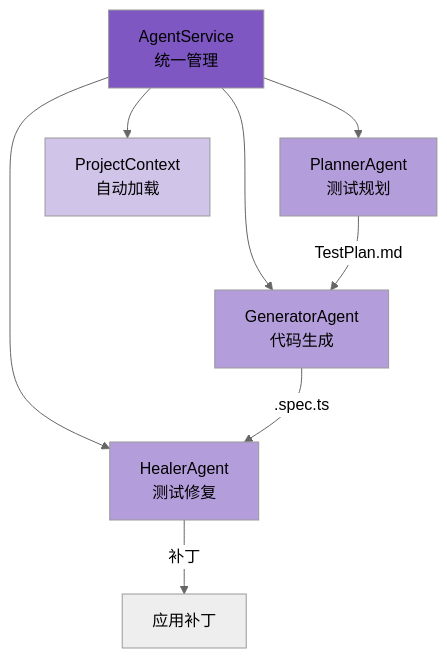
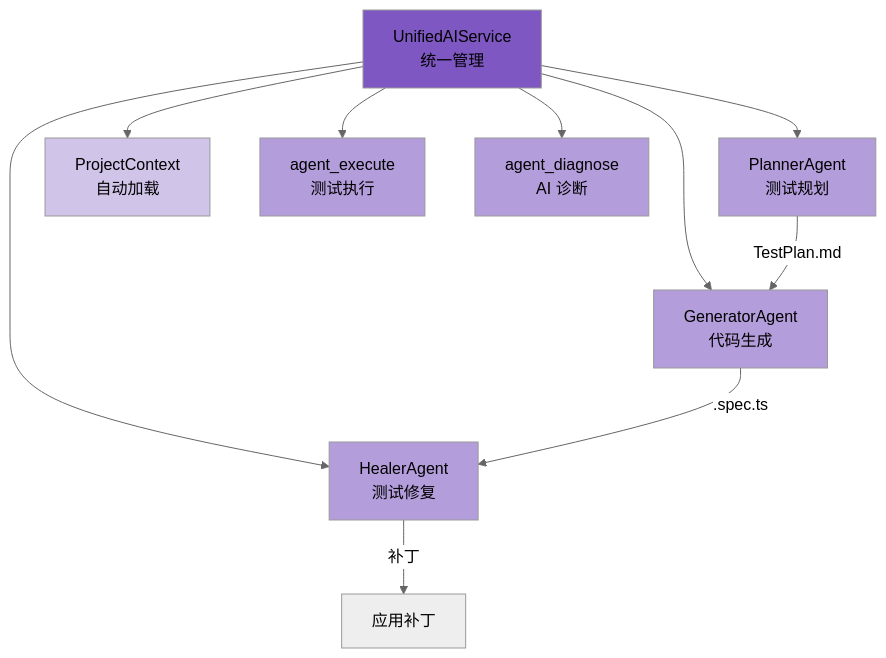
The first of 2 diagrams in documentation/guides/agent-system.zh.md (yuandiv/yuantest-playwright), drawn with Mermaid (neutral theme) before and after one commit. The commit also changed other lines of this file and 103 other files, not shown here.

````diff
--- a/documentation/guides/agent-system.zh.md
+++ b/documentation/guides/agent-system.zh.md
@@ -9,20 +9,24 @@
 ```mermaid
 graph TB
-    AGT[AgentService<br/>统一管理]
+    AGT[UnifiedAIService<br/>统一管理]
 
     AGT --> PLA[PlannerAgent<br/>测试规划]
     AGT --> GEN[GeneratorAgent<br/>代码生成]
     AGT --> HEA[HealerAgent<br/>测试修复]
 
     PLA --> |TestPlan.md| GEN
     GEN --> |.spec.ts| HEA
     HEA --> |补丁| APP[应用补丁]
 
     AGT --> CTX[ProjectContext<br/>自动加载]
+    AGT --> EXE[agent_execute<br/>测试执行]
+    AGT --> DIA[agent_diagnose<br/>AI 诊断]
 
     style AGT fill:#7e57c2
     style PLA fill:#b39ddb
     style GEN fill:#b39ddb
     style HEA fill:#b39ddb
+    style EXE fill:#b39ddb
+    style DIA fill:#b39ddb
     style CTX fill:#d1c4e9
 ```
````
